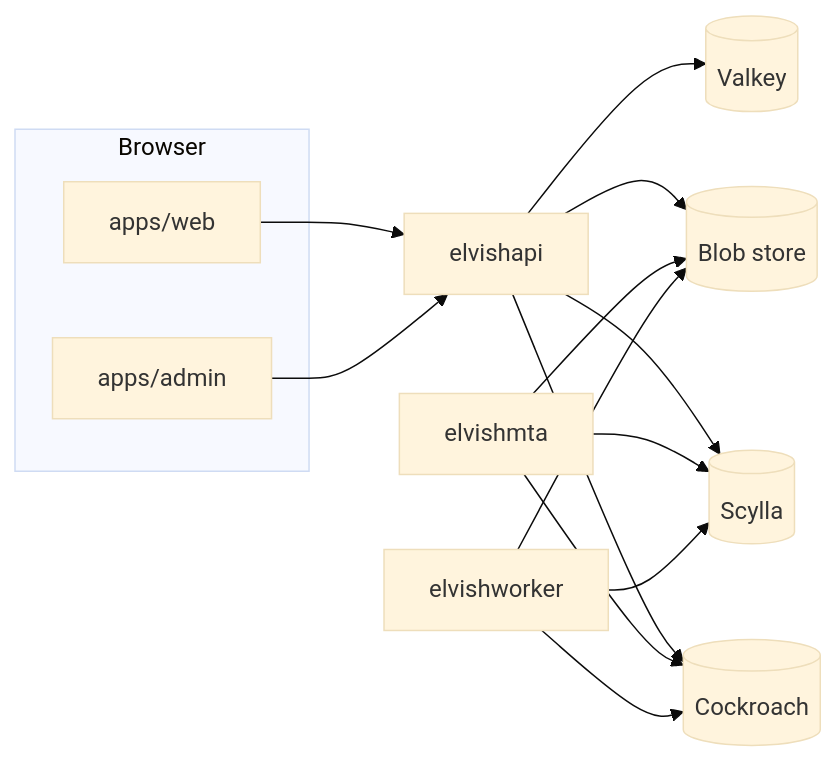
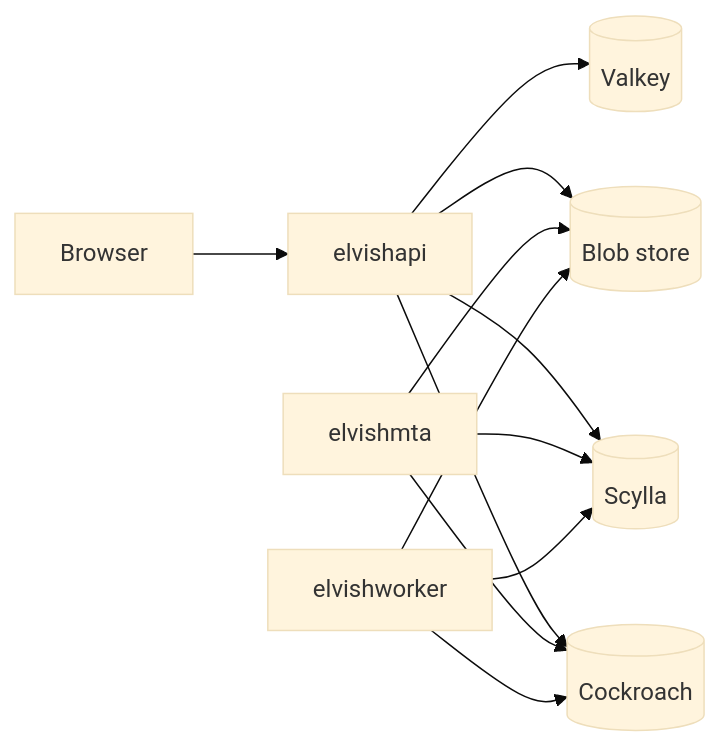
One commit to Thravok/elvish-email changed the diagram in docs/architecture.md. Above: the diagram before and after it, drawn with Mermaid (base theme). The commit also changed other lines of this file and 13 other files, not shown here.

````diff
--- a/docs/architecture.md
+++ b/docs/architecture.md
@@ -14,22 +16,18 @@
 ```mermaid
 flowchart LR
-  subgraph browser [Browser]
-    Web[apps/web]
-    Admin[apps/admin]
-  end
+  Browser[Browser]
   API[elvishapi]
   MTA[elvishmta]
   Worker[elvishworker]
-  Web --> API
-  Admin --> API
+  Browser --> API
   API --> CRDB[(Cockroach)]
   API --> Valkey[(Valkey)]
   API --> Scylla[(Scylla)]
   API --> S3[(Blob store)]
   MTA --> CRDB
   MTA --> Scylla
   MTA --> S3
   Worker --> CRDB
   Worker --> Scylla
   Worker --> S3
 ```
````
